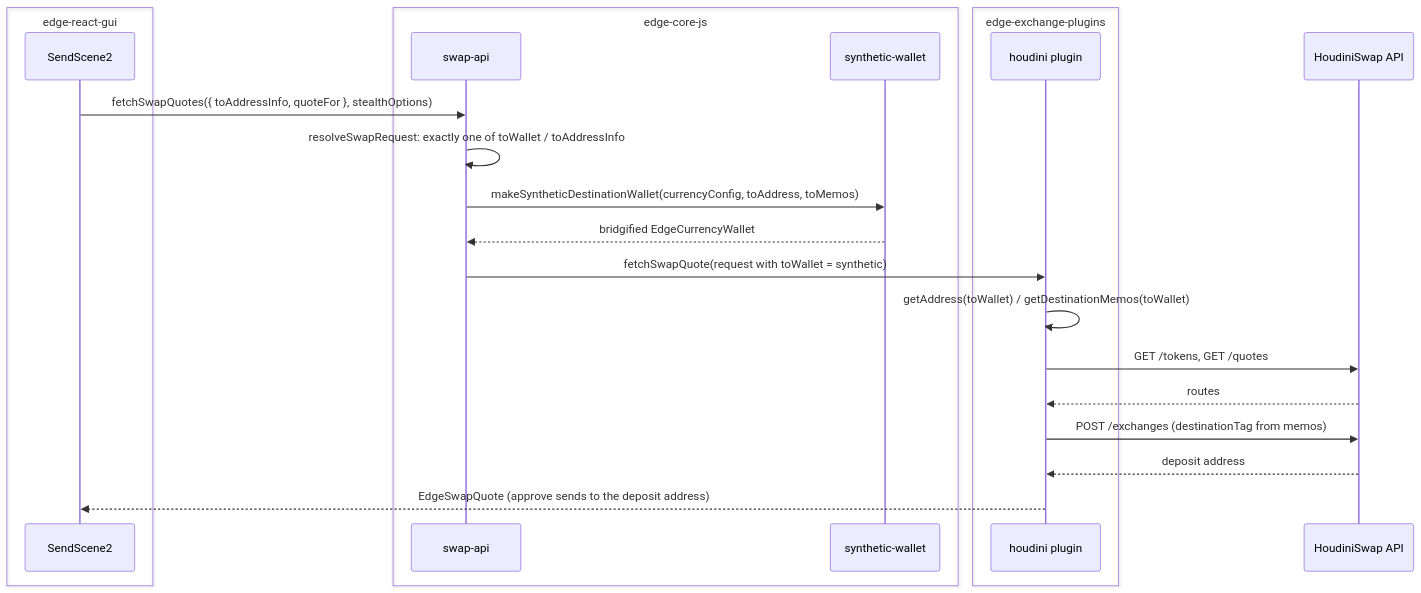
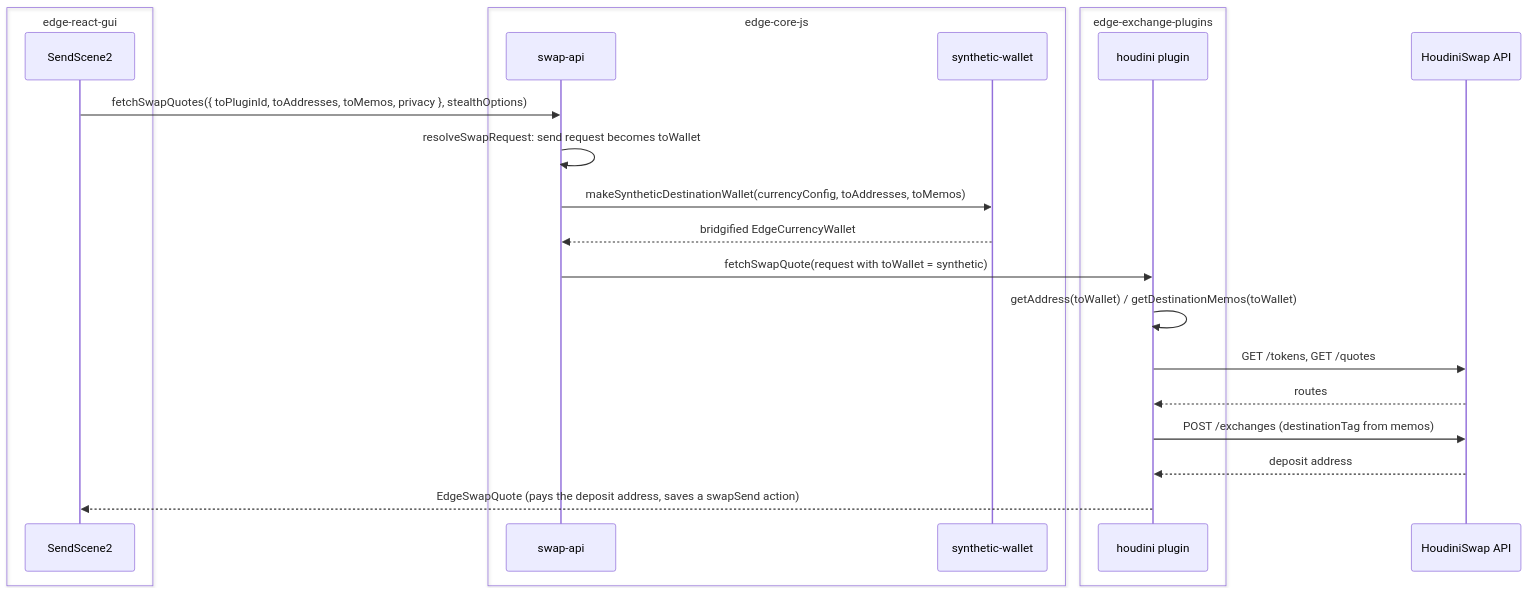
One commit to EdgeApp/edge-react-gui changed the first of 2 diagrams in src/docs/stealth-send-swap.md. Above: the diagram before and after it, drawn with Mermaid. The commit also changed other lines of this file and 4 other files, not shown here.

````diff
--- a/src/docs/stealth-send-swap.md
+++ b/src/docs/stealth-send-swap.md
@@ -80,26 +80,26 @@
 ```mermaid
 sequenceDiagram
   box edge-react-gui
     participant Send as SendScene2
   end
   box edge-core-js
     participant API as swap-api
     participant Synth as synthetic-wallet
   end
   box edge-exchange-plugins
     participant Plug as houdini plugin
   end
   participant H as HoudiniSwap API
 
-  Send->>API: fetchSwapQuotes({ toAddressInfo, quoteFor }, stealthOptions)
-  API->>API: resolveSwapRequest: exactly one of toWallet / toAddressInfo
-  API->>Synth: makeSyntheticDestinationWallet(currencyConfig, toAddress, toMemos)
+  Send->>API: fetchSwapQuotes({ toPluginId, toAddresses, toMemos, privacy }, stealthOptions)
+  API->>API: resolveSwapRequest: send request becomes toWallet
+  API->>Synth: makeSyntheticDestinationWallet(currencyConfig, toAddresses, toMemos)
   Synth-->>API: bridgified EdgeCurrencyWallet
   API->>Plug: fetchSwapQuote(request with toWallet = synthetic)
   Plug->>Plug: getAddress(toWallet) / getDestinationMemos(toWallet)
   Plug->>H: GET /tokens, GET /quotes
   H-->>Plug: routes
   Plug->>H: POST /exchanges (destinationTag from memos)
   H-->>Plug: deposit address
-  Plug-->>Send: EdgeSwapQuote (approve sends to the deposit address)
+  Plug-->>Send: EdgeSwapQuote (pays the deposit address, saves a swapSend action)
 ```
````
